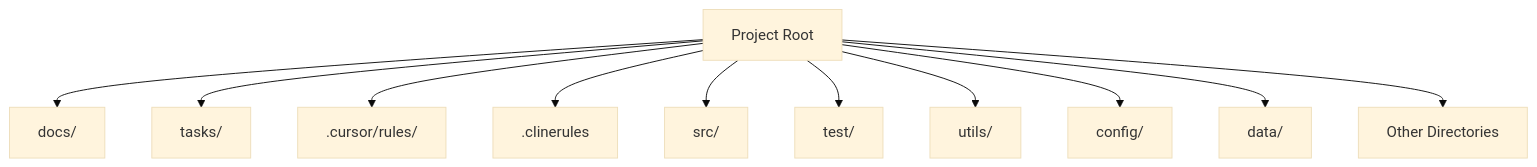
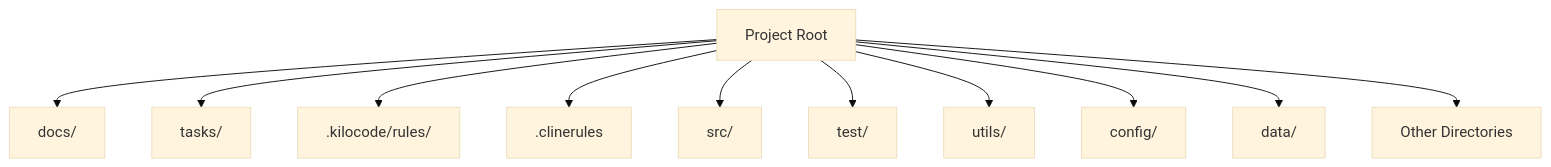
One commit to jayhan94/kilocode-rules changed the diagram in rules/directory-structure.mdc. Above: the diagram before and after it, drawn with Mermaid (base theme). The commit also changed 3 other files, not shown here.

Commit message:
Fix typo. Fix .cursor to .kilocode in defining directories.

````diff
--- a/rules/directory-structure.mdc
+++ b/rules/directory-structure.mdc
@@ -12,14 +12,14 @@
 ```mermaid
 flowchart TD
     Root[Project Root]
     Root --> Docs[docs/]
     Root --> Tasks[tasks/]
-    Root --> Cursor[.cursor/rules/]
+    Root --> Cursor[.kilocode/rules/]
     Root --> CLINE[.clinerules]
     Root --> SourceCode[src/]
     Root --> Test[test/]
     Root --> Utils[utils/]
     Root --> Config[config/]
     Root --> Data[data/]
     Root --> Other[Other Directories]
 ```
````
